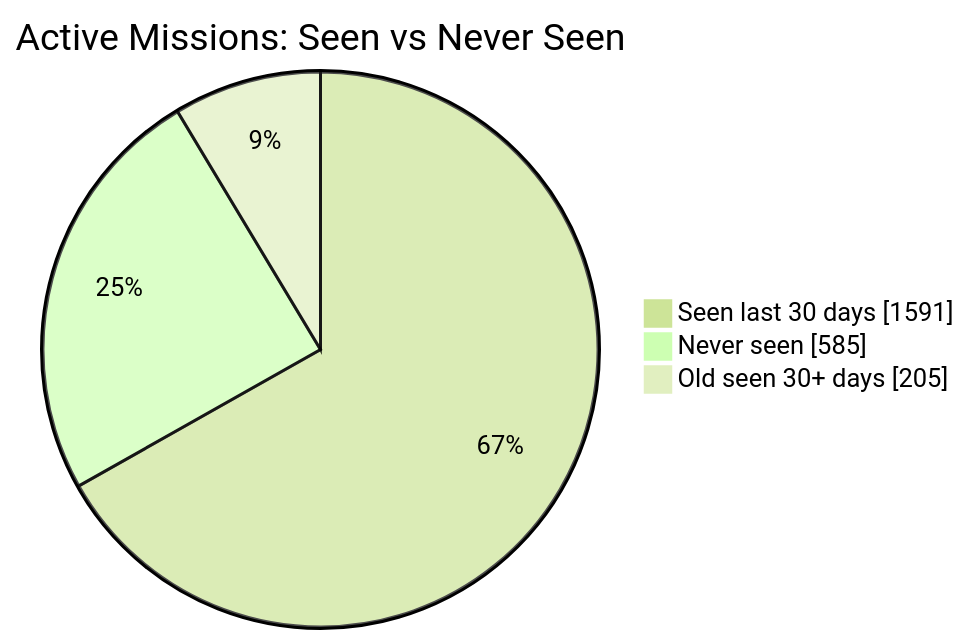
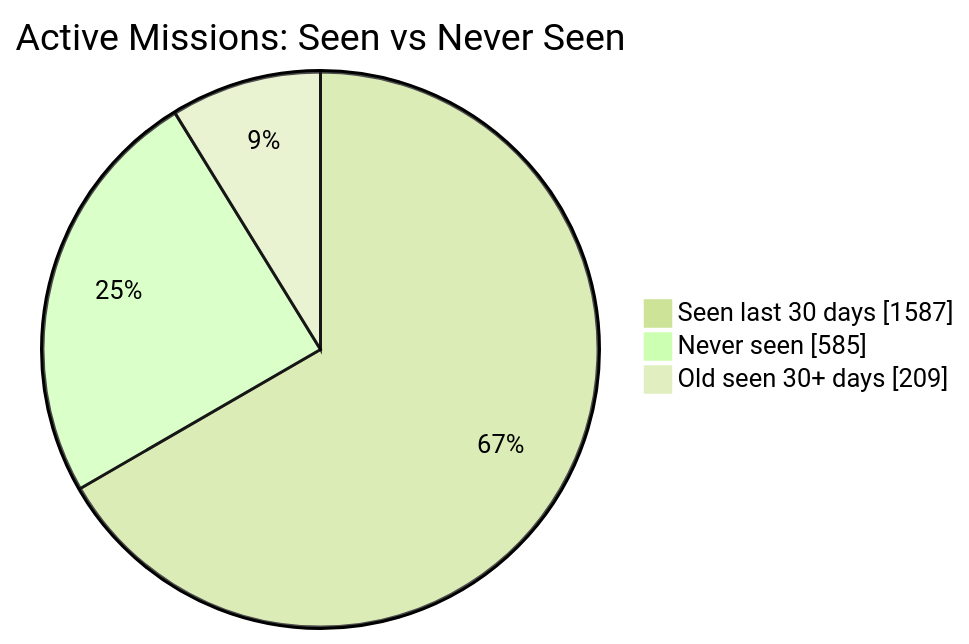
The first of 2 diagrams in README.md (MeldkamerspelGameTeam/active-missions), drawn with Mermaid (forest theme) before and after one commit. The commit also changed other lines of this file and 3 other files, not shown here.

````diff
--- a/README.md
+++ b/README.md
@@ -34,7 +34,7 @@
 ```mermaid
 pie showData
     title Active Missions: Seen vs Never Seen
-    "Seen last 30 days" : 1591
+    "Seen last 30 days" : 1587
     "Never seen" : 585
-    "Old seen 30+ days" : 205
+    "Old seen 30+ days" : 209
 ```
````
